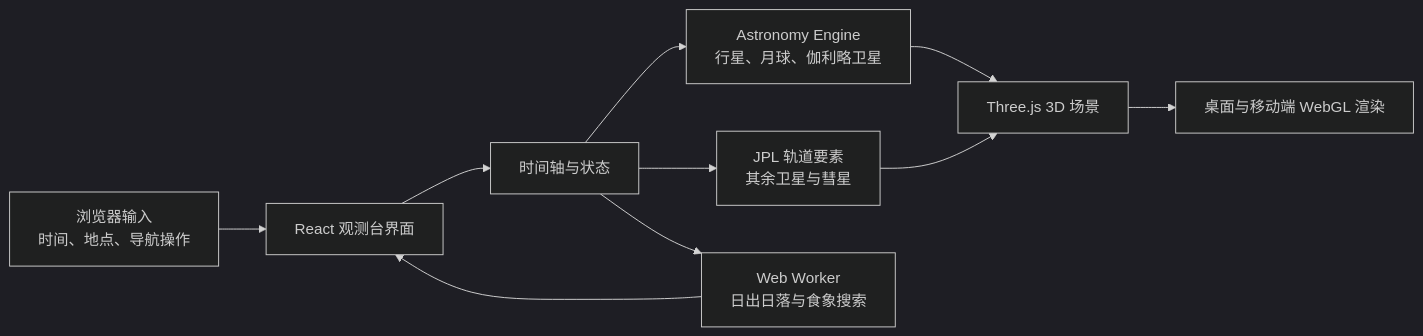
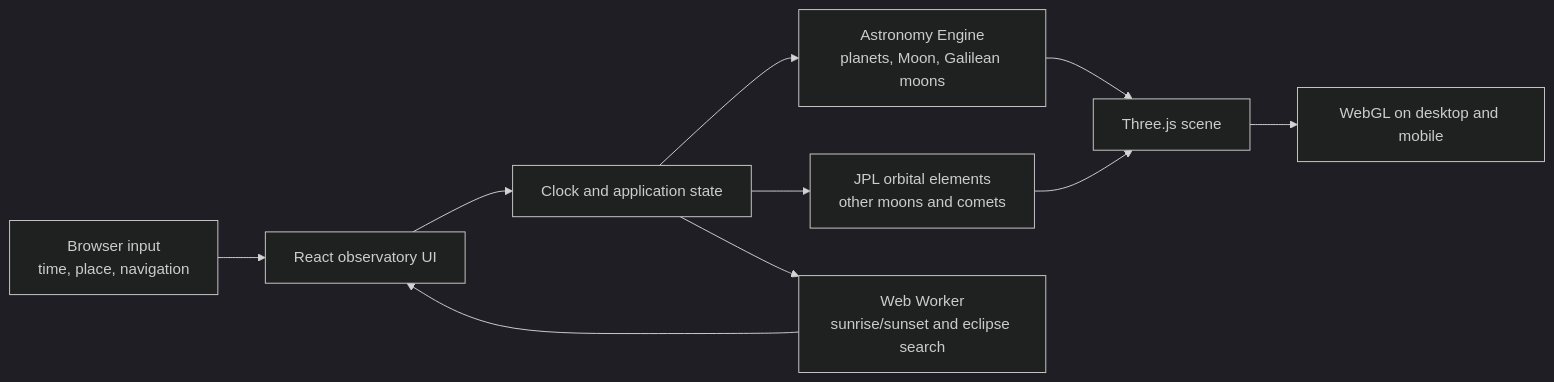
Before and after one commit to hugogu/orbit: the diagram in README.md, drawn with Mermaid (dark theme). The commit also changed other lines of this file and 3 other files, not shown here.

````diff
--- a/README.md
+++ b/README.md
@@ -50,12 +52,12 @@
 ```mermaid
 flowchart LR
-  A[浏览器输入<br/>时间、地点、导航操作] --> B[React 观测台界面]
-  B --> C[时间轴与状态]
-  C --> D[Astronomy Engine<br/>行星、月球、伽利略卫星]
-  C --> E[JPL 轨道要素<br/>其余卫星与彗星]
-  D --> F[Three.js 3D 场景]
+  A[Browser input<br/>time, place, navigation] --> B[React observatory UI]
+  B --> C[Clock and application state]
+  C --> D[Astronomy Engine<br/>planets, Moon, Galilean moons]
+  C --> E[JPL orbital elements<br/>other moons and comets]
+  D --> F[Three.js scene]
   E --> F
-  C --> G[Web Worker<br/>日出日落与食象搜索]
+  C --> G[Web Worker<br/>sunrise/sunset and eclipse search]
   G --> B
-  F --> H[桌面与移动端 WebGL 渲染]
+  F --> H[WebGL on desktop and mobile]
 ```
````
